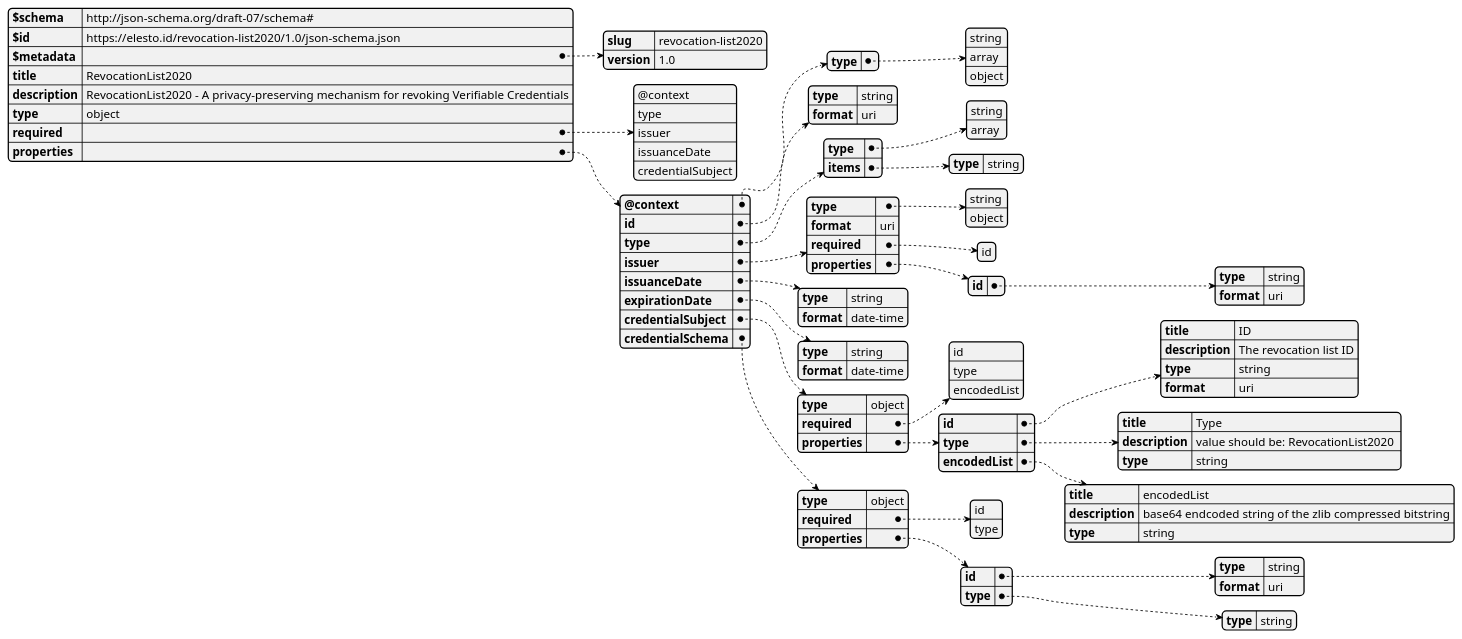
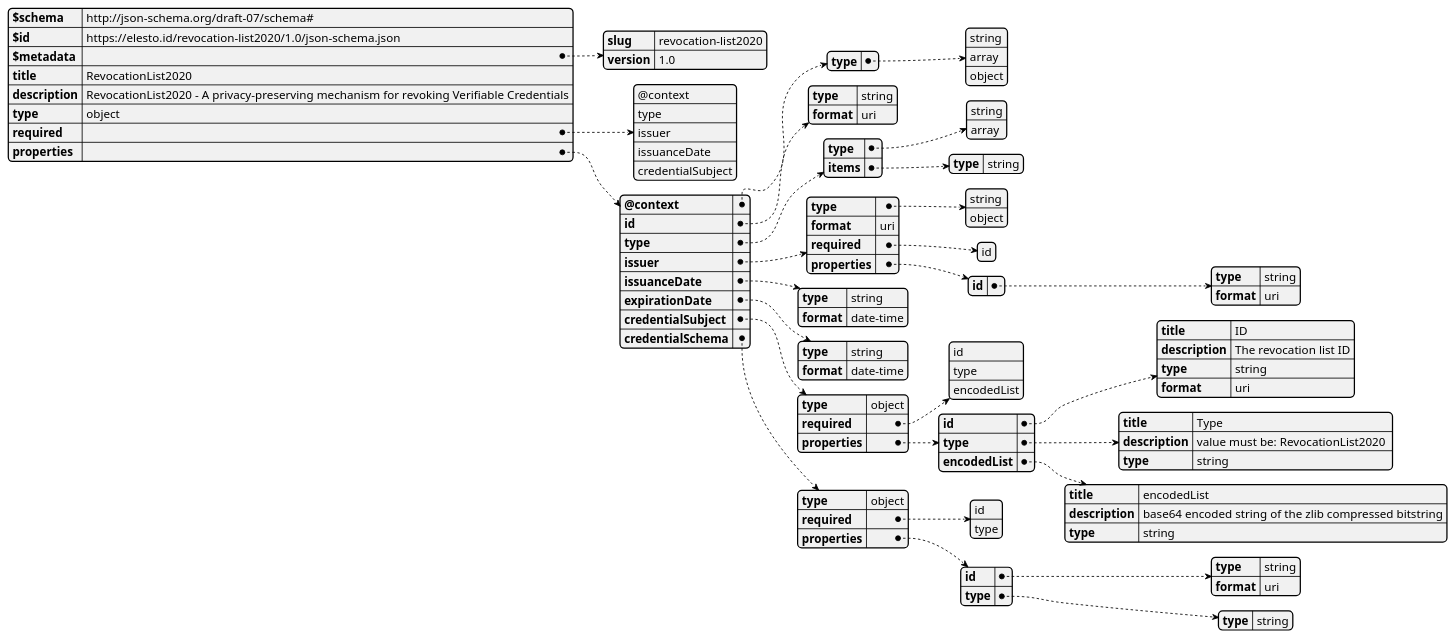
The diagram in docs/assets/diagrams/src/revocationList2020.schema.puml (elesto-dao/elesto), drawn with PlantUML before and after one commit. The commit also changed 1 other file, not shown here.

Commit message:
revocation edits, a few questions on the PR

```diff
--- a/docs/assets/diagrams/src/revocationList2020.schema.puml
+++ b/docs/assets/diagrams/src/revocationList2020.schema.puml
@@ -1,108 +1,108 @@
 @startjson
 {
   "$schema": "http://json-schema.org/draft-07/schema#",
   "$id": "https://elesto.id/revocation-list2020/1.0/json-schema.json",
   "$metadata": {
     "slug": "revocation-list2020",
     "version": "1.0"
   },
   "title": "RevocationList2020",
   "description": "RevocationList2020 - A privacy-preserving mechanism for revoking Verifiable Credentials",
   "type": "object",
   "required": [
     "@context",
     "type",
     "issuer",
     "issuanceDate",
     "credentialSubject"
   ],
   "properties": {
     "@context": {
       "type": [
         "string",
         "array",
         "object"
       ]
     },
     "id": {
       "type": "string",
       "format": "uri"
     },
     "type": {
       "type": [
         "string",
         "array"
       ],
       "items": {
         "type": "string"
       }
     },
     "issuer": {
       "type": [
         "string",
         "object"
       ],
       "format": "uri",
       "required": [
         "id"
       ],
       "properties": {
         "id": {
           "type": "string",
           "format": "uri"
         }
       }
     },
     "issuanceDate": {
       "type": "string",
       "format": "date-time"
     },
     "expirationDate": {
       "type": "string",
       "format": "date-time"
     },
     "credentialSubject": {
       "type": "object",
       "required": [
         "id",
         "type",
         "encodedList"
       ],
       "properties": {
         "id": {
           "title": "ID",
           "description": "The revocation list ID",
           "type": "string",
           "format": "uri"
         },
         "type": {
           "title": "Type",
-          "description": "value should be: RevocationList2020 ",
+          "description": "value must be: RevocationList2020 ",
           "type": "string"
         },
         "encodedList": {
           "title": "encodedList",
-          "description": "base64 endcoded string of the zlib compressed bitstring",
+          "description": "base64 encoded string of the zlib compressed bitstring",
           "type": "string"
         }
       }
     },
     "credentialSchema": {
       "type": "object",
       "required": [
         "id",
         "type"
       ],
       "properties": {
         "id": {
           "type": "string",
           "format": "uri"
         },
         "type": {
           "type": "string"
         }
       }
     }
   }
 }
 @endjson
```
